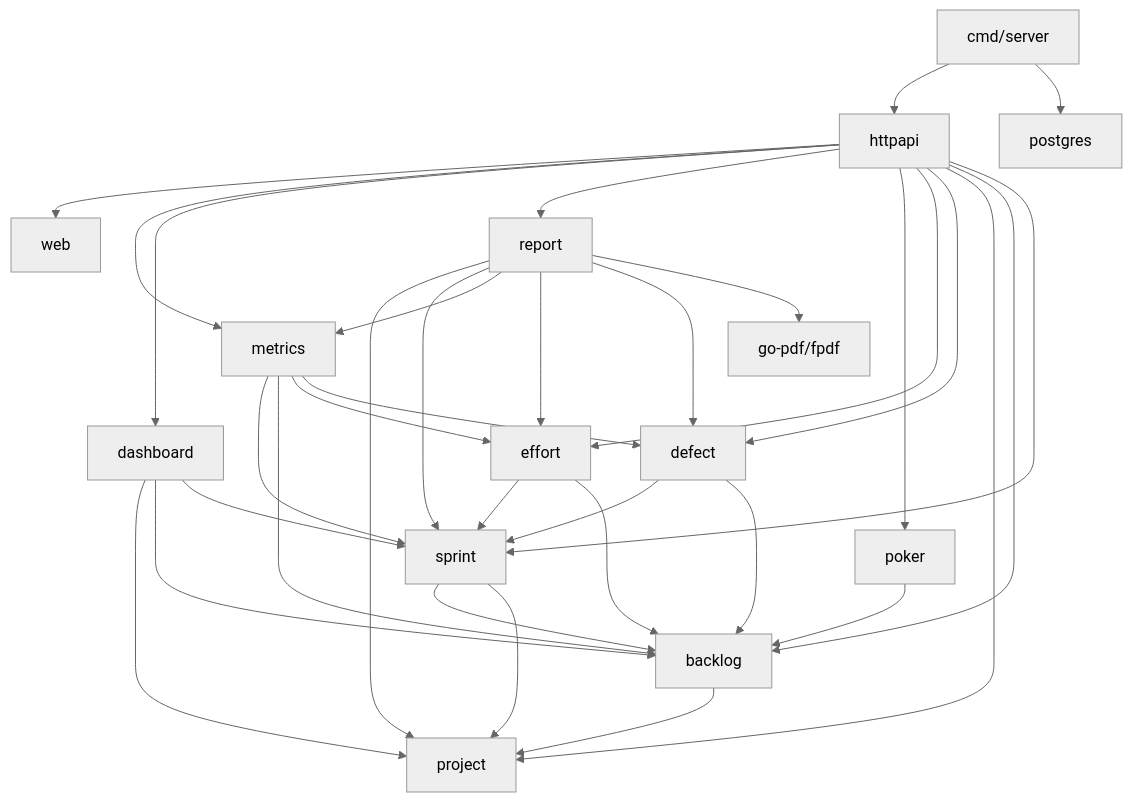
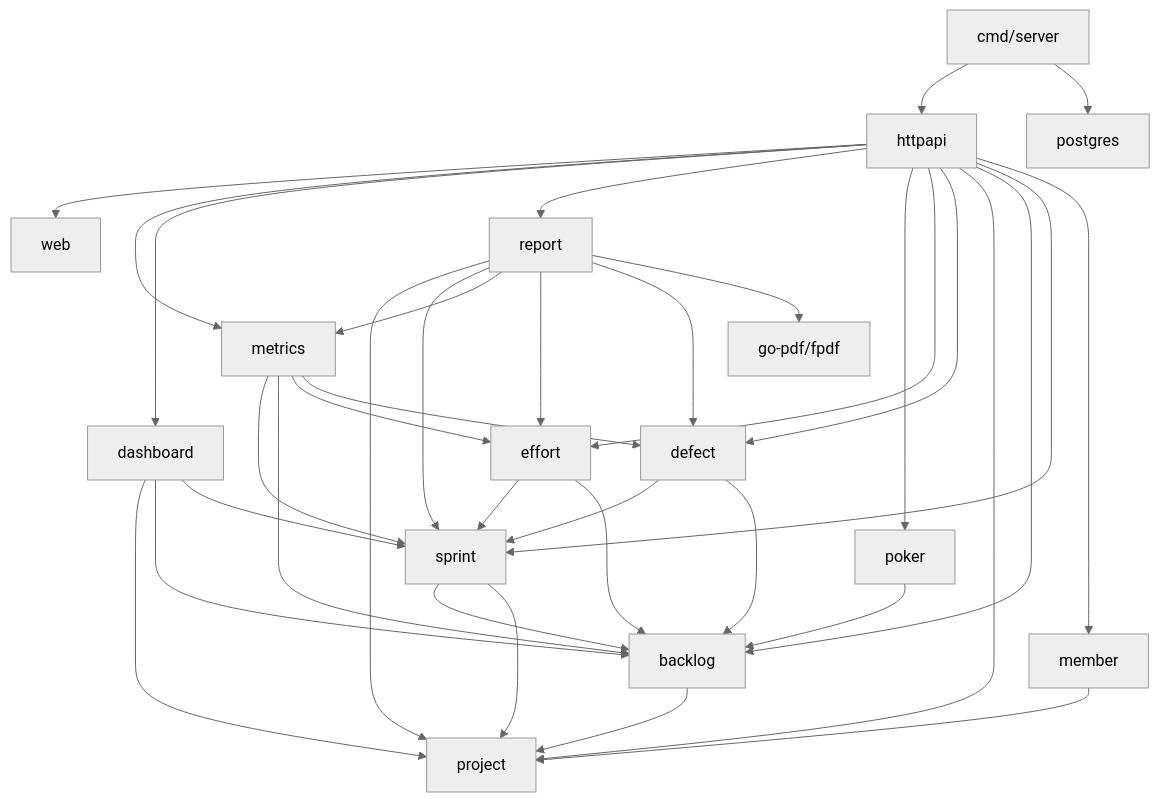
One commit to Elwilsonic/seguimiento-medicion-GPC changed the diagram in docs/documentacion-tecnica.md. Above: the diagram before and after it, drawn with Mermaid (neutral theme). The commit also changed other lines of this file and 1 other file, not shown here.

````diff
--- a/docs/documentacion-tecnica.md
+++ b/docs/documentacion-tecnica.md
@@ -49,36 +50,38 @@
 ```mermaid
 graph TD
     main[cmd/server] --> httpapi
     main --> postgres
     httpapi --> web
     httpapi --> metrics
     httpapi --> dashboard
     httpapi --> report
     httpapi --> poker
     httpapi --> effort
     httpapi --> defect
     httpapi --> project
     httpapi --> backlog
     httpapi --> sprint
+    httpapi --> member
     metrics --> sprint
     metrics --> backlog
     metrics --> effort
     metrics --> defect
     report --> project
     report --> sprint
     report --> metrics
     report --> effort
     report --> defect
     report --> fpdf[go-pdf/fpdf]
     dashboard --> project
     dashboard --> backlog
     dashboard --> sprint
     poker --> backlog
     effort --> sprint
     effort --> backlog
     defect --> sprint
     defect --> backlog
     sprint --> backlog
     sprint --> project
     backlog --> project
+    member --> project
 ```
````
